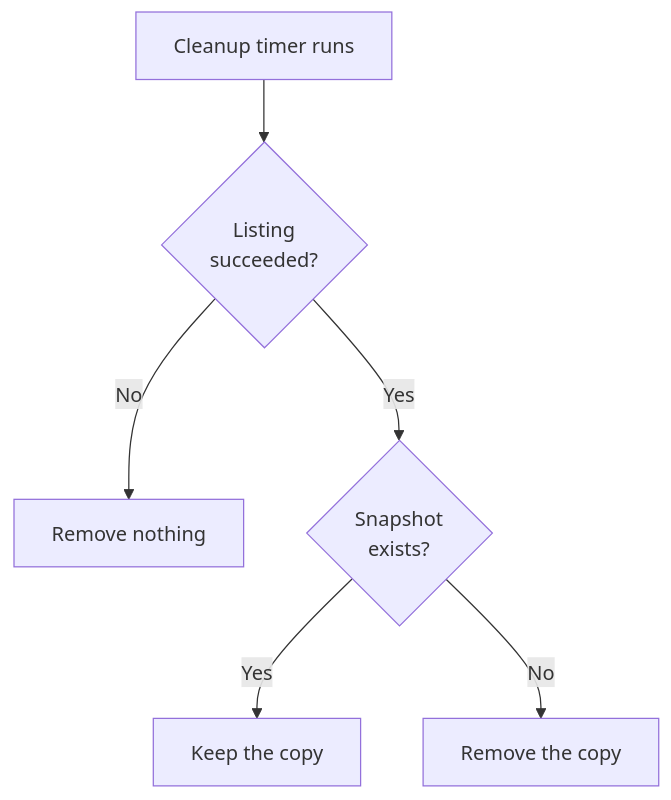
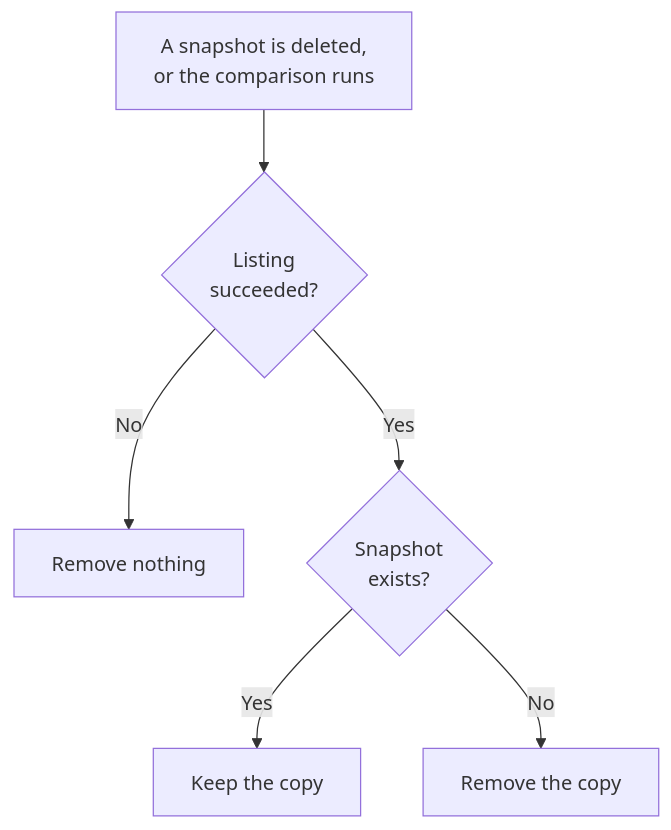
Before and after one commit to ai-dynamo/snapshot: the fourth of 5 diagrams in docs/design/644-node-cache/README.md, drawn with Mermaid. The commit also changed other lines of this file, not shown here.

First line of the commit message:
docs(snep): have node agents subscribe to snapshot objects

````diff
--- a/docs/design/644-node-cache/README.md
+++ b/docs/design/644-node-cache/README.md
@@ -315,8 +325,8 @@
 ```mermaid
 flowchart TD
-    A["Cleanup timer runs"] --> B{"Listing<br/>succeeded?"}
+    A["A snapshot is deleted,<br/>or the comparison runs"] --> B{"Listing<br/>succeeded?"}
     B -->|"No"| C["Remove nothing"]
     B -->|"Yes"| D{"Snapshot<br/>exists?"}
     D -->|"Yes"| E["Keep the copy"]
     D -->|"No"| F["Remove the copy"]
 ```
````
